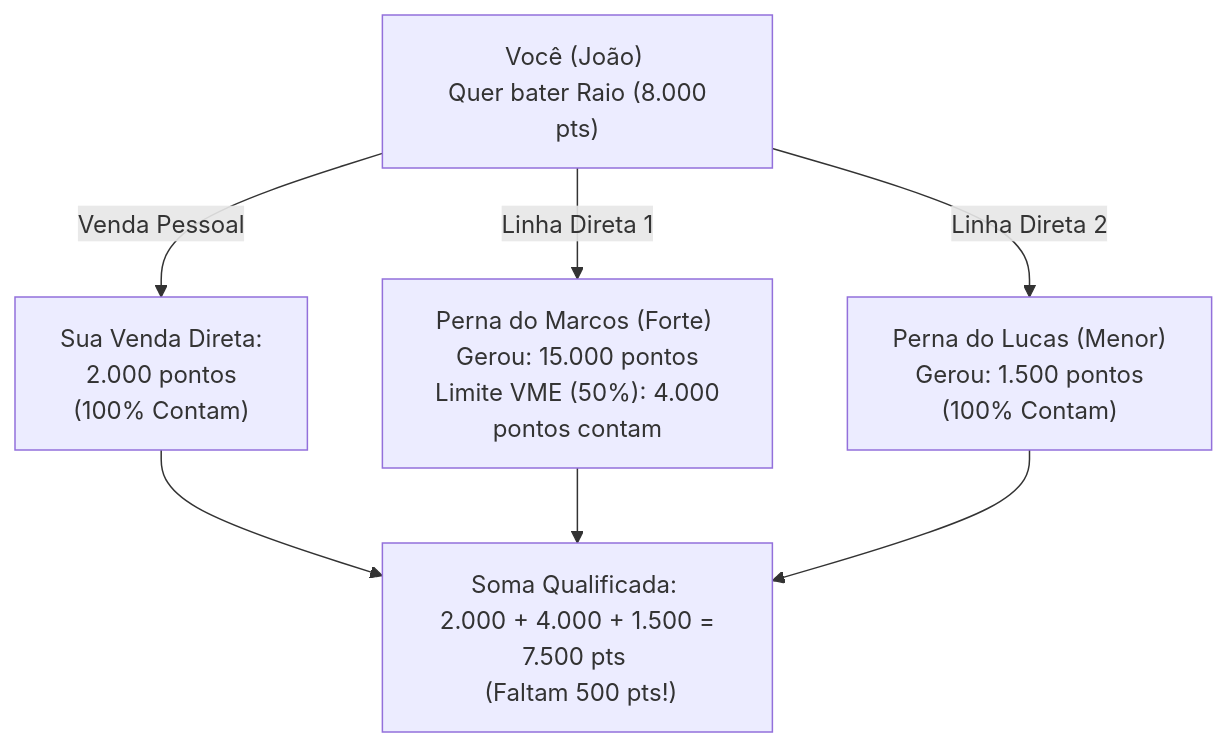
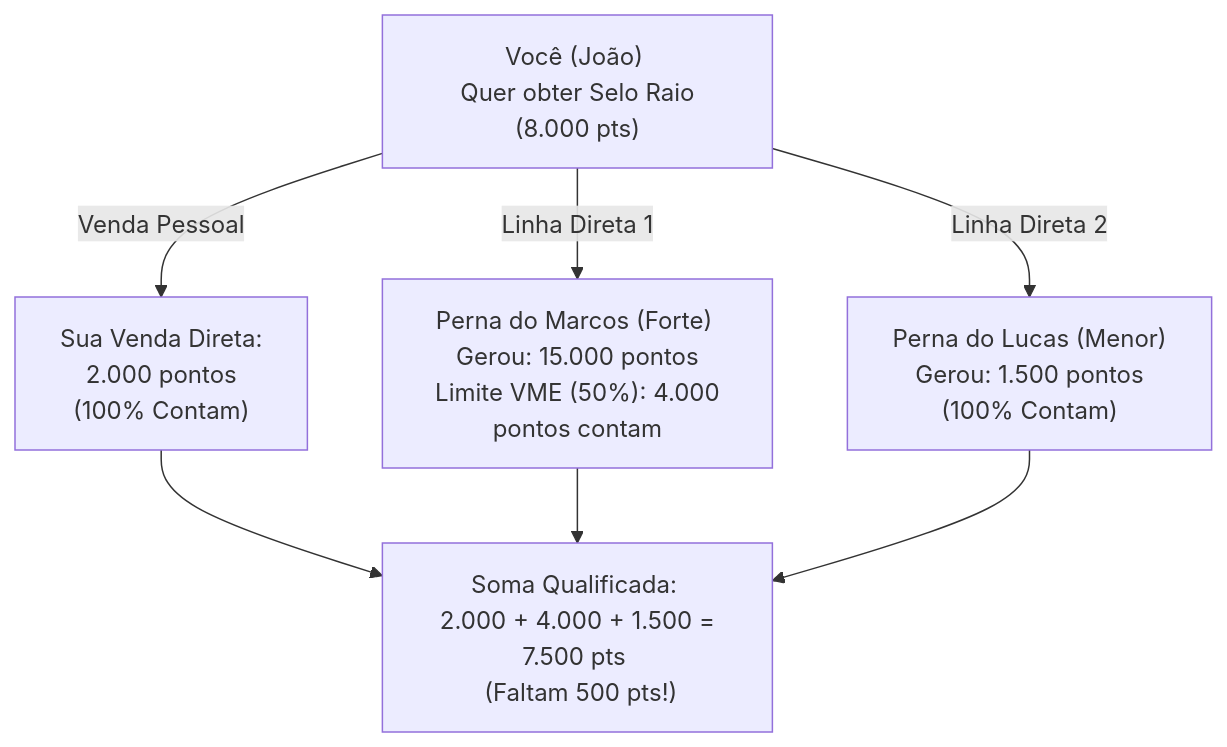
Before and after one commit to weslleysoaresuol-svg/esolenergy: the second of 5 diagrams in docs/mapa_completo_esol_energy.md, drawn with Mermaid. The commit also changed other lines of this file, not shown here.

````diff
--- a/docs/mapa_completo_esol_energy.md
+++ b/docs/mapa_completo_esol_energy.md
@@ -392,9 +392,9 @@
 ```mermaid
 graph TD
-    Joao["Você (João) <br> Quer bater Raio (8.000 pts)"]
+    Joao["Você (João) <br> Quer obter Selo Raio (8.000 pts)"]
     Joao -->|Venda Pessoal| VP["Sua Venda Direta: <br> 2.000 pontos <br> (100% Contam)"]
     Joao -->|Linha Direta 1| EquipeA["Perna do Marcos (Forte) <br> Gerou: 15.000 pontos <br> Limite VME (50%): 4.000 pontos contam"]
     Joao -->|Linha Direta 2| EquipeB["Perna do Lucas (Menor) <br> Gerou: 1.500 pontos <br> (100% Contam)"]
     
     VP & EquipeA & EquipeB --> Sum["Soma Qualificada: <br> 2.000 + 4.000 + 1.500 = 7.500 pts <br> (Faltam 500 pts!)"]
 ```
````
